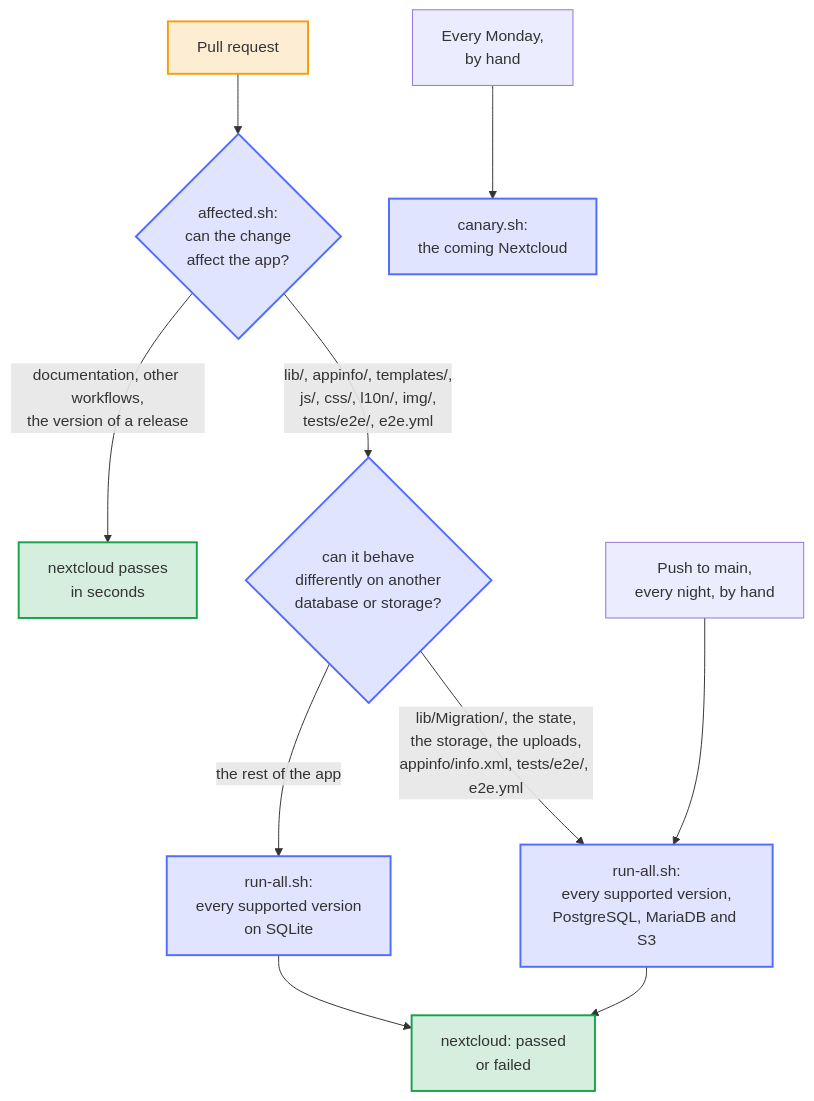
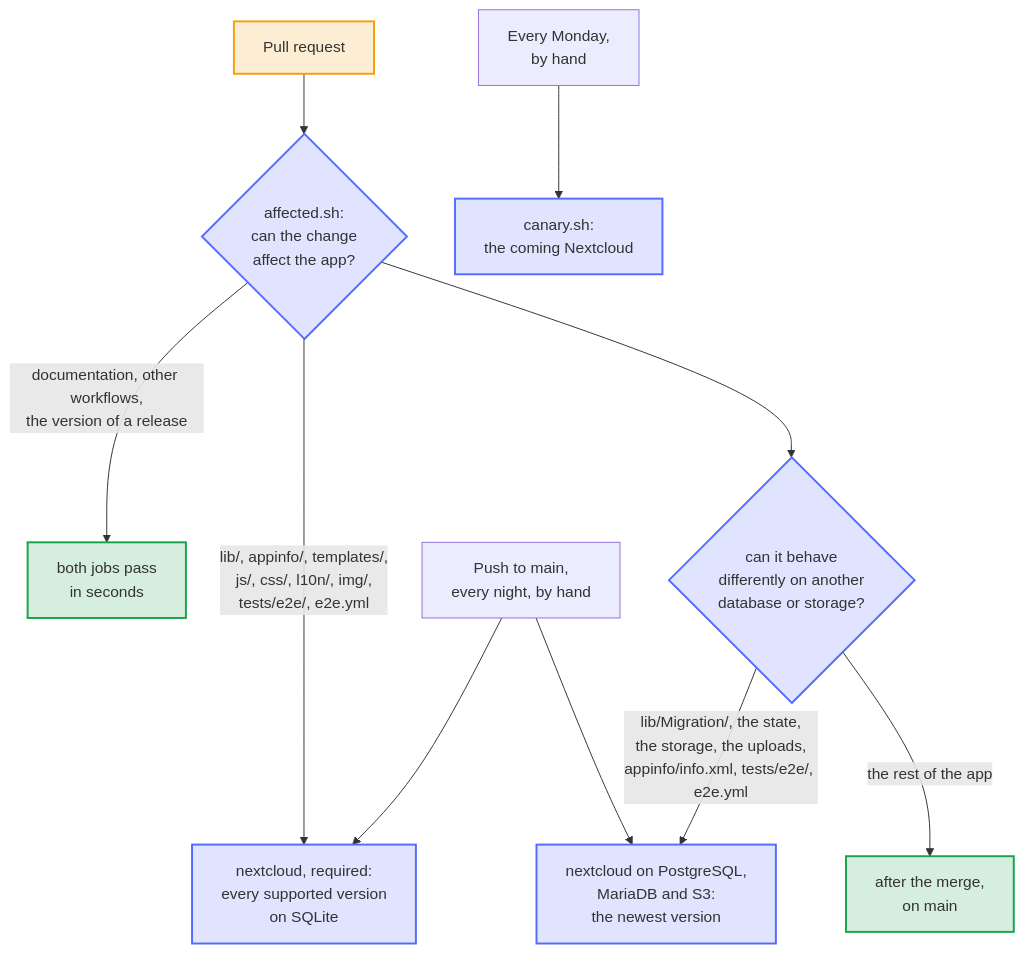
Before and after one commit to Dennis-Otto/paperless-sync: the third of 3 diagrams in tests/e2e/README.md, drawn with Mermaid. The commit also changed other lines of this file and 4 other files, not shown here.

First line of the commit message:
ci(e2e): run PostgreSQL, MariaDB and S3 in a job next to the required check

````diff
--- a/tests/e2e/README.md
+++ b/tests/e2e/README.md
@@ -96,20 +96,20 @@
 ```mermaid
 flowchart TB
     accTitle: When the end-to-end tests run
-    accDescr: A pull request runs the end-to-end tests only when it changes the app, its tests or their workflow; otherwise the required check passes at once. It runs PostgreSQL, MariaDB and S3 as well only when the change can behave differently on another database or storage. Every push to main and every night run them all, and every Monday the canary runs them against the coming Nextcloud.
+    accDescr: A pull request runs the end-to-end tests only when it changes the app, its tests or their workflow; otherwise the required check passes at once. The job of PostgreSQL, MariaDB and S3 runs only when the change can behave differently on another database or storage. Every push to main and every night run both jobs, and every Monday the canary runs the tests against the coming Nextcloud.
     pr["Pull request"] --> affected{"affected.sh:<br>can the change<br>affect the app?"}
-    affected -->|"documentation, other workflows,<br>the version of a release"| skipped["nextcloud passes<br>in seconds"]
-    affected -->|"lib/, appinfo/, templates/,<br>js/, css/, l10n/, img/,<br>tests/e2e/, e2e.yml"| variants{"can it behave<br>differently on another<br>database or storage?"}
-    variants -->|"the rest of the app"| versions["run-all.sh:<br>every supported version<br>on SQLite"]
-    variants -->|"lib/Migration/, the state,<br>the storage, the uploads,<br>appinfo/info.xml, tests/e2e/, e2e.yml"| all["run-all.sh:<br>every supported version,<br>PostgreSQL, MariaDB and S3"]
-    main["Push to main,<br>every night, by hand"] --> all
+    affected -->|"documentation, other workflows,<br>the version of a release"| skipped["both jobs pass<br>in seconds"]
+    affected -->|"lib/, appinfo/, templates/,<br>js/, css/, l10n/, img/,<br>tests/e2e/, e2e.yml"| versions["nextcloud, required:<br>every supported version<br>on SQLite"]
+    affected --> variants{"can it behave<br>differently on another<br>database or storage?"}
+    variants -->|"lib/Migration/, the state,<br>the storage, the uploads,<br>appinfo/info.xml, tests/e2e/, e2e.yml"| databases["nextcloud on PostgreSQL,<br>MariaDB and S3:<br>the newest version"]
+    variants -->|"the rest of the app"| later["after the merge,<br>on main"]
+    main["Push to main,<br>every night, by hand"] --> versions
+    main --> databases
     monday["Every Monday,<br>by hand"] --> canary["canary.sh:<br>the coming Nextcloud"]
-    versions --> result["nextcloud: passed<br>or failed"]
-    all --> result
     classDef bot fill:#526cfe2e,stroke:#526cfe,stroke-width:2px
     classDef person fill:#f59e0b2e,stroke:#f59e0b,stroke-width:2px
     classDef done fill:#16a34a2e,stroke:#16a34a,stroke-width:2px
     class pr person
-    class affected,variants,versions,all,canary bot
-    class skipped,result done
+    class affected,variants,versions,databases,canary bot
+    class skipped,later done
 ```
````
